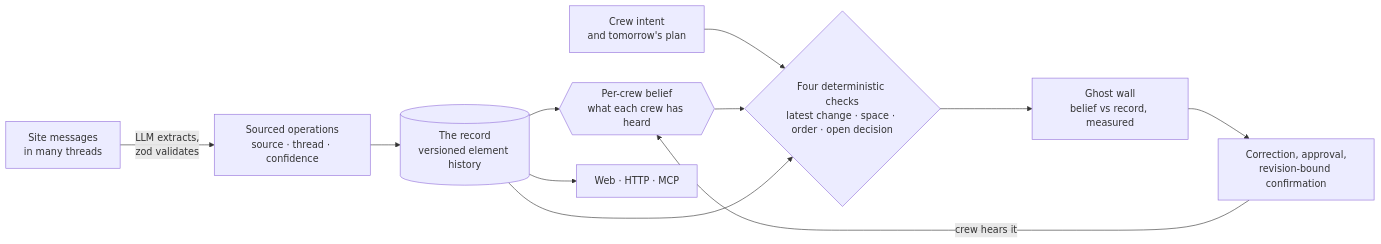
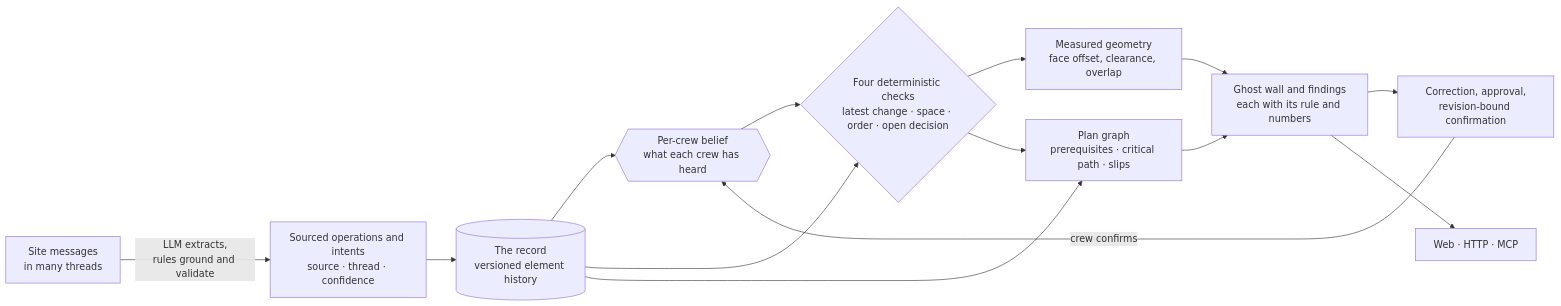
The diagram in README.md (aaliusama/second-eye), drawn with Mermaid before and after one commit. The commit also changed other lines of this file and 9 other files, not shown here.

Commit message:
Docs: architecture, README, demo script and pitch for measured geometry, plan graph and trace; fresh screenshots

````diff
--- a/README.md
+++ b/README.md
@@ -63,13 +84,16 @@
 ```mermaid
 flowchart LR
-    M[Site messages<br/>in many threads] -->|LLM extracts,<br/>zod validates| O[Sourced operations<br/>source · thread · confidence]
-    O --> R[(The record<br/>versioned element history)]
-    R --> K{{Per-crew belief<br/>what each crew has heard}}
-    T[Crew intent<br/>and tomorrow's plan] --> C
-    K --> C{Four deterministic checks<br/>latest change · space · order · open decision}
+    M["Site messages<br/>in many threads"] -->|"LLM extracts,<br/>rules ground and validate"| O["Sourced operations and intents<br/>source · thread · confidence"]
+    O --> R[("The record<br/>versioned element history")]
+    R --> K{{"Per-crew belief<br/>what each crew has heard"}}
+    K --> C{"Four deterministic checks<br/>latest change · space · order · open decision"}
     R --> C
-    C --> G[Ghost wall<br/>belief vs record, measured]
-    G --> F[Correction, approval,<br/>revision-bound confirmation]
-    F -->|crew hears it| K
-    R --> A[Web · HTTP · MCP]
+    C --> G["Measured geometry<br/>face offset, clearance, overlap"]
+    R --> P["Plan graph<br/>prerequisites · critical path · slips"]
+    C --> P
+    G --> H["Ghost wall and findings<br/>each with its rule and numbers"]
+    P --> H
+    H --> F["Correction, approval,<br/>revision-bound confirmation"]
+    F -->|"crew confirms"| K
+    H --> A["Web · HTTP · MCP"]
 ```
````
